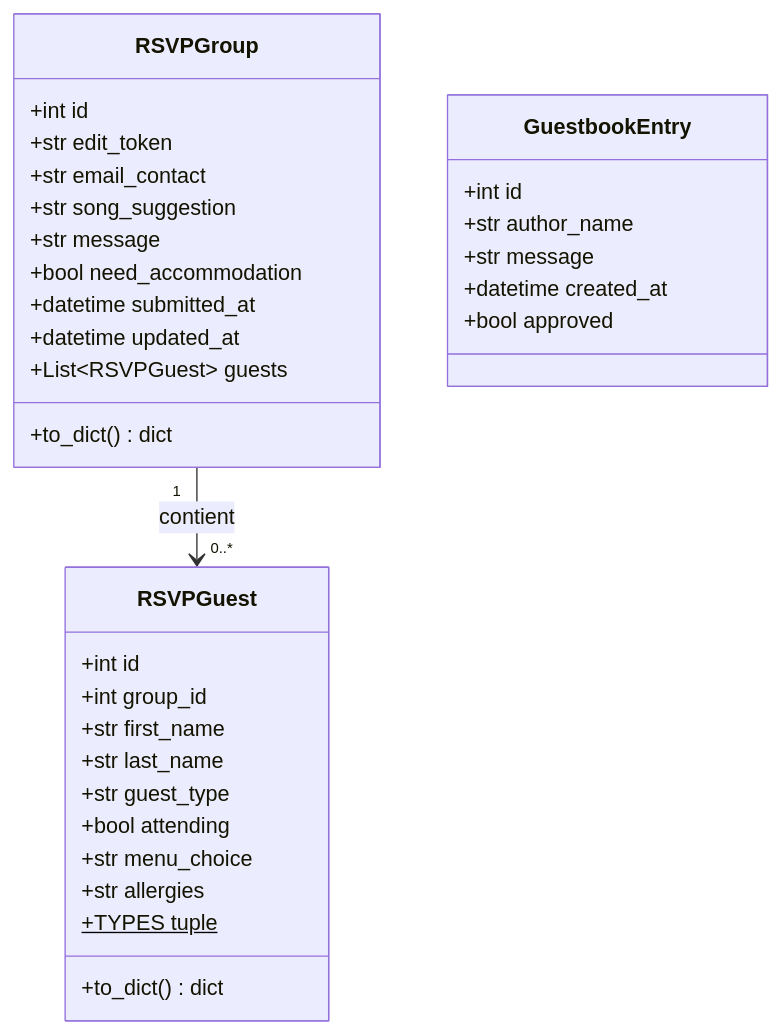
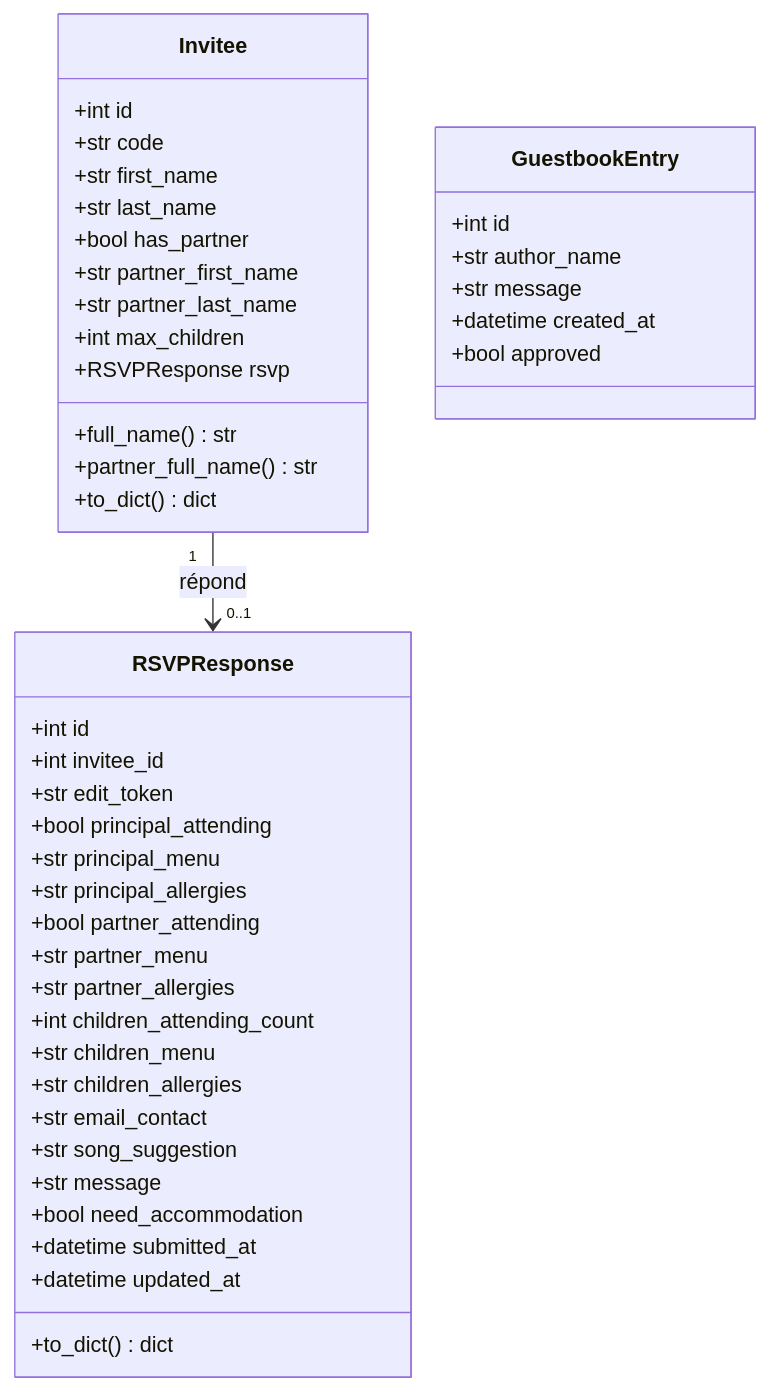
One commit to queezzy/wedding_project changed the third of 4 diagrams in docs/DATABASE.md. Above: the diagram before and after it, drawn with Mermaid. The commit also changed other lines of this file and 3 other files, not shown here.

````diff
--- a/docs/DATABASE.md
+++ b/docs/DATABASE.md
@@ -148,38 +164,49 @@
 ```mermaid
 classDiagram
-    class RSVPGroup {
+    class Invitee {
         +int id
+        +str code
+        +str first_name
+        +str last_name
+        +bool has_partner
+        +str partner_first_name
+        +str partner_last_name
+        +int max_children
+        +RSVPResponse rsvp
+        +full_name() str
+        +partner_full_name() str
+        +to_dict() dict
+    }
+
+    class RSVPResponse {
+        +int id
+        +int invitee_id
         +str edit_token
+        +bool principal_attending
+        +str principal_menu
+        +str principal_allergies
+        +bool partner_attending
+        +str partner_menu
+        +str partner_allergies
+        +int children_attending_count
+        +str children_menu
+        +str children_allergies
         +str email_contact
         +str song_suggestion
         +str message
         +bool need_accommodation
         +datetime submitted_at
         +datetime updated_at
-        +List~RSVPGuest~ guests
-        +to_dict() dict
-    }
-
-    class RSVPGuest {
-        +int id
-        +int group_id
-        +str first_name
-        +str last_name
-        +str guest_type
-        +bool attending
-        +str menu_choice
-        +str allergies
-        +TYPES tuple$
         +to_dict() dict
     }
 
     class GuestbookEntry {
         +int id
         +str author_name
         +str message
         +datetime created_at
         +bool approved
     }
 
-    RSVPGroup "1" --> "0..*" RSVPGuest : contient
+    Invitee "1" --> "0..1" RSVPResponse : répond
 ```
````
